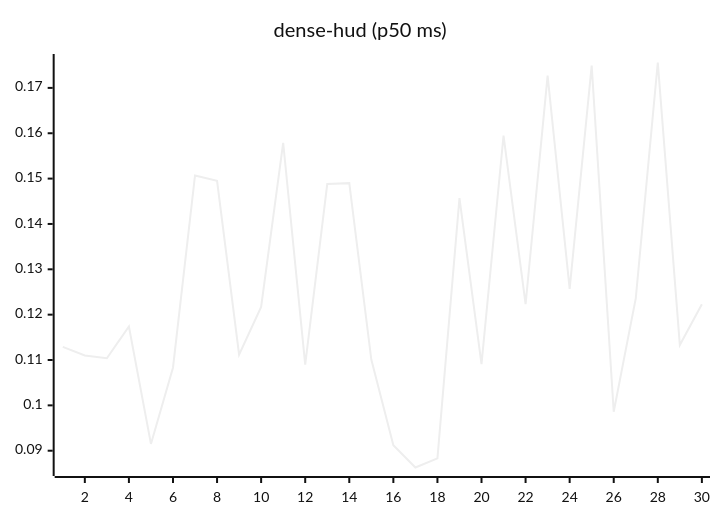
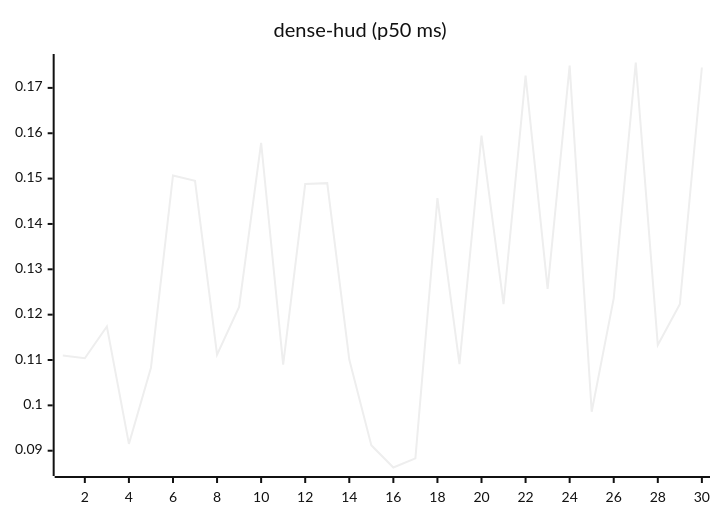
Before and after one commit to josha/Facet: the eighth of 27 diagrams in README.md, drawn with Mermaid (neutral theme). The commit also changed other lines of this file and 2 other files, not shown here.

````diff
--- a/README.md
+++ b/README.md
@@ -112,6 +112,6 @@
 ```mermaid
 xychart-beta
     title "dense-hud (p50 ms)"
     x-axis 1 --> 30
-    line [0.1129, 0.1110, 0.1104, 0.1174, 0.0915, 0.1083, 0.1507, 0.1495, 0.1112, 0.1217, 0.1579, 0.1090, 0.1488, 0.1490, 0.1101, 0.0912, 0.0863, 0.0883, 0.1457, 0.1091, 0.1595, 0.1223, 0.1727, 0.1257, 0.1749, 0.0986, 0.1236, 0.1756, 0.1133, 0.1223]
+    line [0.1110, 0.1104, 0.1174, 0.0915, 0.1083, 0.1507, 0.1495, 0.1112, 0.1217, 0.1579, 0.1090, 0.1488, 0.1490, 0.1101, 0.0912, 0.0863, 0.0883, 0.1457, 0.1091, 0.1595, 0.1223, 0.1727, 0.1257, 0.1749, 0.0986, 0.1236, 0.1756, 0.1133, 0.1223, 0.1745]
 ```
````
